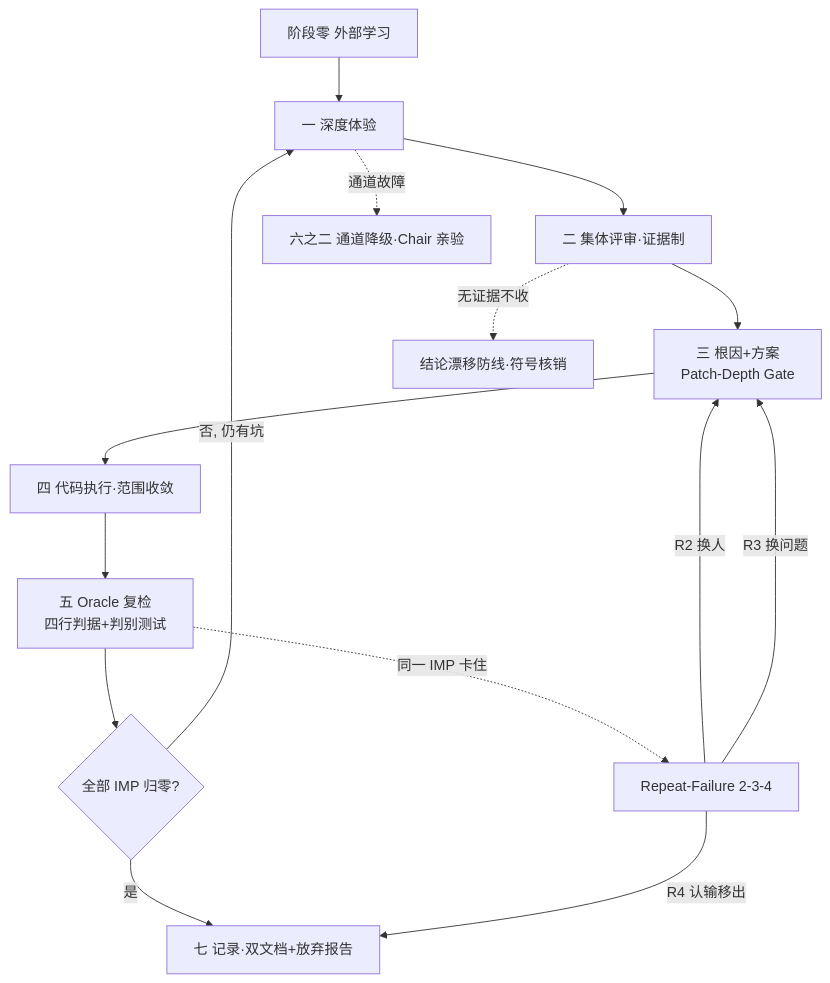
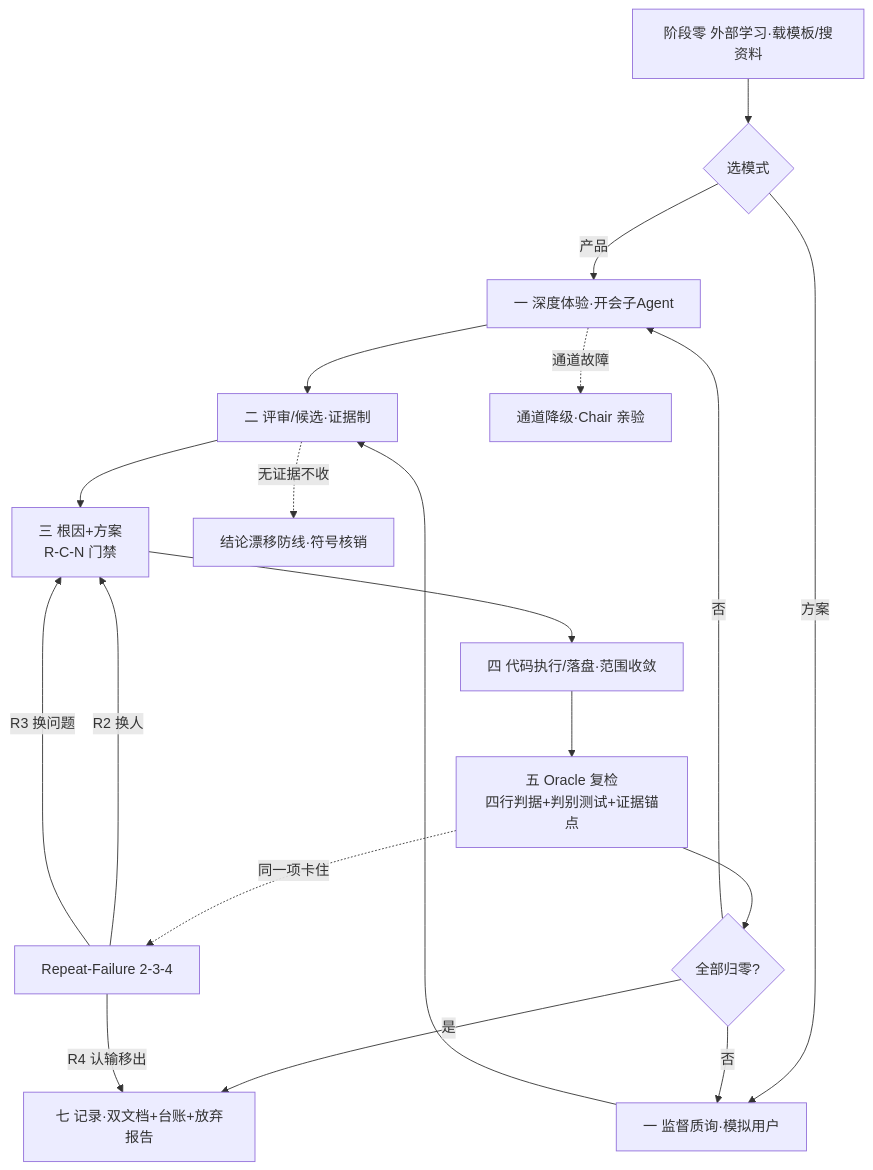
One commit to huanweide/maxloop-overlord changed the diagram in SKILL.md. Above: the diagram before and after it, drawn with Mermaid. The commit also changed other lines of this file and 5 other files, not shown here.

````diff
--- a/SKILL.md
+++ b/SKILL.md
@@ -90,17 +68,21 @@
 ```mermaid
 flowchart TD
-    S0[阶段零 外部学习] --> S1[一 深度体验]
-    S1 --> S2[二 集体评审·证据制]
-    S2 --> S3[三 根因+方案<br/>Patch-Depth Gate]
-    S3 --> S4[四 代码执行·范围收敛]
-    S4 --> S5[五 Oracle 复检<br/>四行判据+判别测试]
-    S5 --> C{全部 IMP 归零?}
-    C -- 否, 仍有坑 --> S1
-    C -- 是 --> S7[七 记录·双文档+放弃报告]
-    S5 -. 同一 IMP 卡住 .-> R[Repeat-Failure 2-3-4]
+    S0[阶段零 外部学习·载模板/搜资料] --> MODE{选模式}
+    MODE -- 产品 --> S1A[一 深度体验·开会子Agent]
+    MODE -- 方案 --> S1B[一 监督质询·模拟用户]
+    S1A --> S2[二 评审/候选·证据制]
+    S1B --> S2
+    S2 --> S3[三 根因+方案<br/>R-C-N 门禁]
+    S3 --> S4[四 代码执行/落盘·范围收敛]
+    S4 --> S5[五 Oracle 复检<br/>四行判据+判别测试+证据锚点]
+    S5 --> C{全部归零?}
+    C -- 否 --> S1A
+    C -- 否 --> S1B
+    C -- 是 --> S7[七 记录·双文档+台账+放弃报告]
+    S5 -. 同一项卡住 .-> R[Repeat-Failure 2-3-4]
     R -- R2 换人 --> S3
     R -- R3 换问题 --> S3
     R -- R4 认输移出 --> S7
     S2 -. 无证据不收 .-> P[结论漂移防线·符号核销]
-    S1 -. 通道故障 .-> D[六之二 通道降级·Chair 亲验]
+    S1A -. 通道故障 .-> D[通道降级·Chair 亲验]
 ```
````
